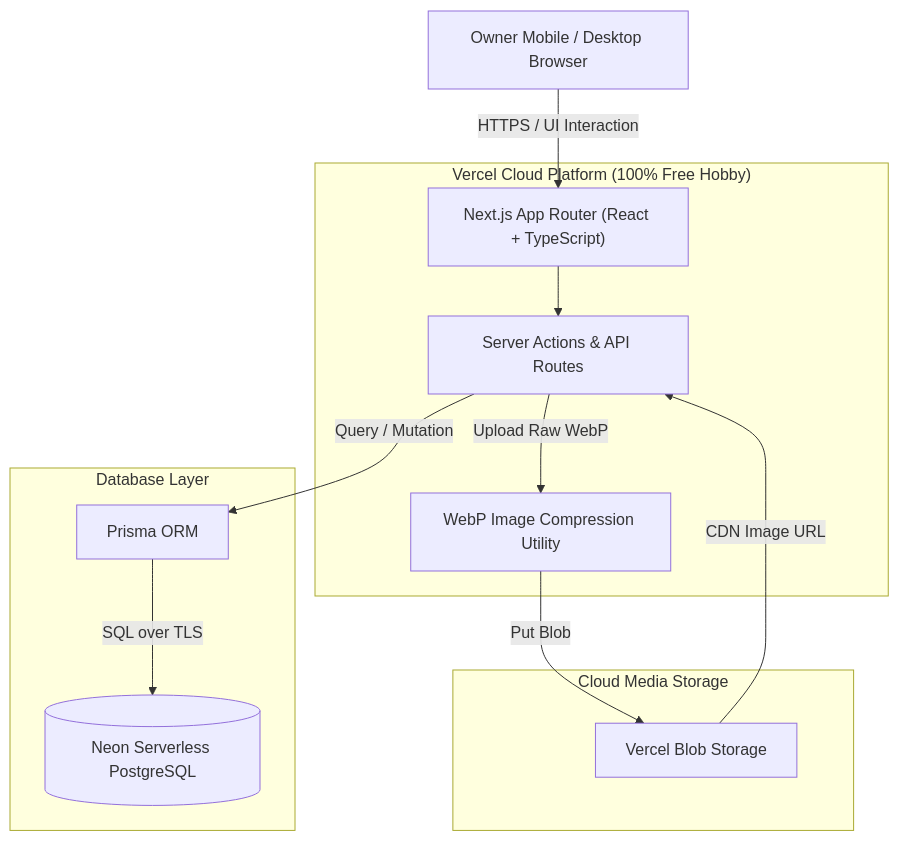
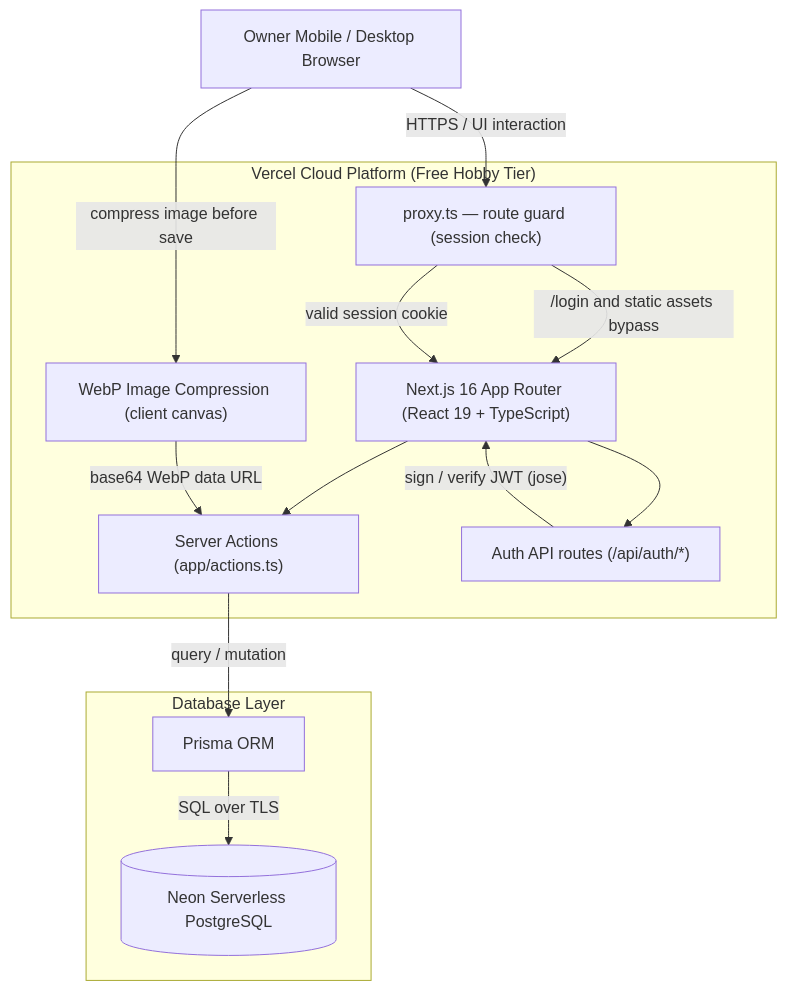
One commit to hashir1313/invento changed the first of 6 diagrams in docs/architecture.md. Above: the diagram before and after it, drawn with Mermaid. The commit also changed other lines of this file and 6 other files, not shown here.

````diff
--- a/docs/architecture.md
+++ b/docs/architecture.md
@@ -7,27 +7,28 @@
 ```mermaid
 graph TD
     Client["Owner Mobile / Desktop Browser"]
-    
-    subgraph Vercel["Vercel Cloud Platform (100% Free Hobby)"]
-        NextApp["Next.js App Router (React + TypeScript)"]
-        ServerActions["Server Actions & API Routes"]
-        Compressor["WebP Image Compression Utility"]
+
+    subgraph Vercel["Vercel Cloud Platform (Free Hobby Tier)"]
+        Proxy["proxy.ts — route guard (session check)"]
+        NextApp["Next.js 16 App Router (React 19 + TypeScript)"]
+        ServerActions["Server Actions (app/actions.ts)"]
+        AuthApi["Auth API routes (/api/auth/*)"]
+        Compressor["WebP Image Compression (client canvas)"]
     end
-    
+
     subgraph Database["Database Layer"]
         Prisma["Prisma ORM"]
         NeonDB[("Neon Serverless PostgreSQL")]
     end
-    
-    subgraph Storage["Cloud Media Storage"]
-        VercelBlob["Vercel Blob Storage"]
-    end
-    
-    Client -->|HTTPS / UI Interaction| NextApp
+
+    Client -->|"HTTPS / UI interaction"| Proxy
+    Proxy -->|"/login and static assets bypass"| NextApp
+    Proxy -->|"valid session cookie"| NextApp
     NextApp --> ServerActions
-    ServerActions -->|Query / Mutation| Prisma
-    Prisma -->|SQL over TLS| NeonDB
-    ServerActions -->|Upload Raw WebP| Compressor
-    Compressor -->|Put Blob| VercelBlob
-    VercelBlob -->|CDN Image URL| ServerActions
+    NextApp --> AuthApi
+    ServerActions -->|"query / mutation"| Prisma
+    Prisma -->|"SQL over TLS"| NeonDB
+    Client -->|"compress image before save"| Compressor
+    Compressor -->|"base64 WebP data URL"| ServerActions
+    AuthApi -->|"sign / verify JWT (jose)"| NextApp
 ```
````
